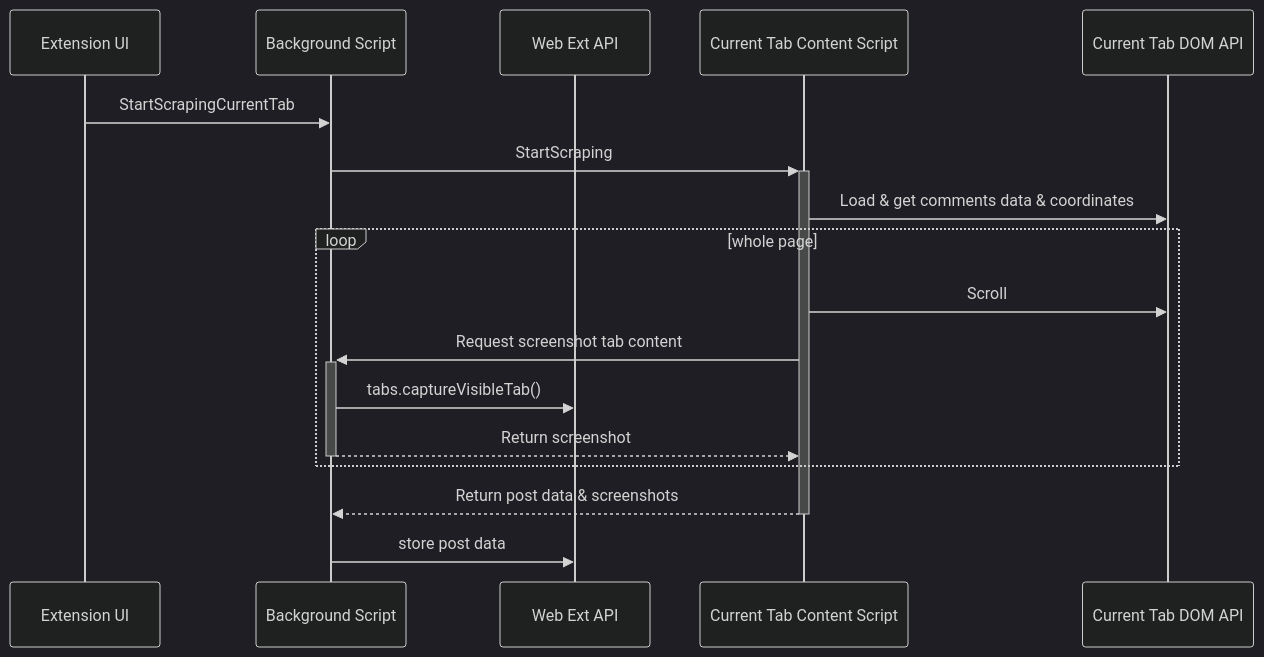
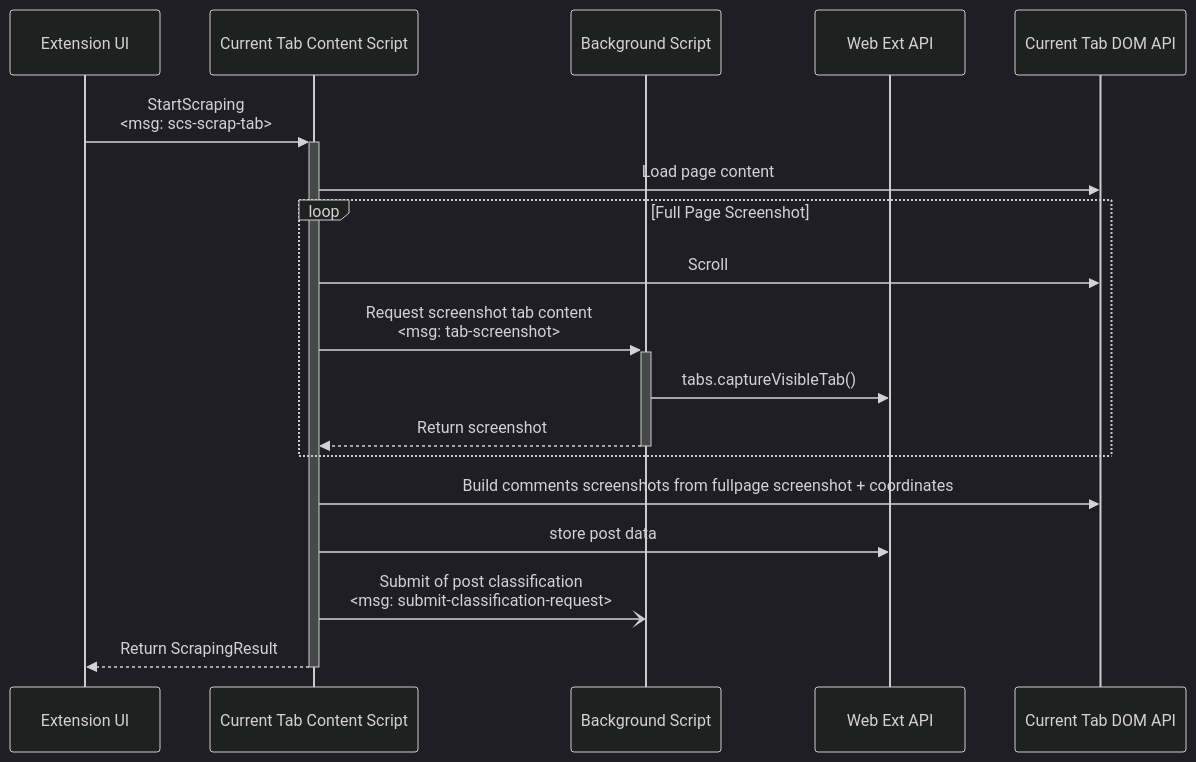
The diagram in docs/frontend/architecture-scraping.md (dataforgoodfr/14_BalanceTesHaters), drawn with Mermaid (dark theme) before and after one commit. The commit also changed other lines of this file and 6 other files, not shown here.

Commit message:
refactor(scraping): Move triggering of submission to ScrapingContentScript

````diff
--- a/docs/frontend/architecture-scraping.md
+++ b/docs/frontend/architecture-scraping.md
@@ -17,20 +14,22 @@
 ```mermaid
 sequenceDiagram
     participant UI as Extension UI
+    participant CS as Current Tab Content Script
     participant BG as Background Script
     participant WebExt as Web Ext API
-    participant CS as Current Tab Content Script
     participant DOM as Current Tab DOM API
-    
-    UI->>BG: StartScrapingCurrentTab
-    BG->>+CS: StartScraping
-    CS->>DOM: Load & get comments data & coordinates
-    loop whole page
+
+    UI->>+CS: StartScraping <br/><msg: scs-scrap-tab>
+    CS->>DOM: Load page content
+    loop Full Page Screenshot
         CS->>DOM: Scroll
-        CS->>+BG: Request screenshot tab content
+        CS->>+BG: Request screenshot tab content <br/><msg: tab-screenshot>
         BG->>WebExt: tabs.captureVisibleTab()
         BG-->>-CS: Return screenshot
     end
-    CS-->>-BG: Return post data & screenshots
-    BG->>WebExt: store post data
+    CS->>DOM: Build comments screenshots from fullpage screenshot + coordinates
+
+    CS->>WebExt: store post data
+    CS-)BG: Submit of post classification <br/><msg: submit-classification-request>
+    CS-->>-UI: Return ScrapingResult
 ```
````
